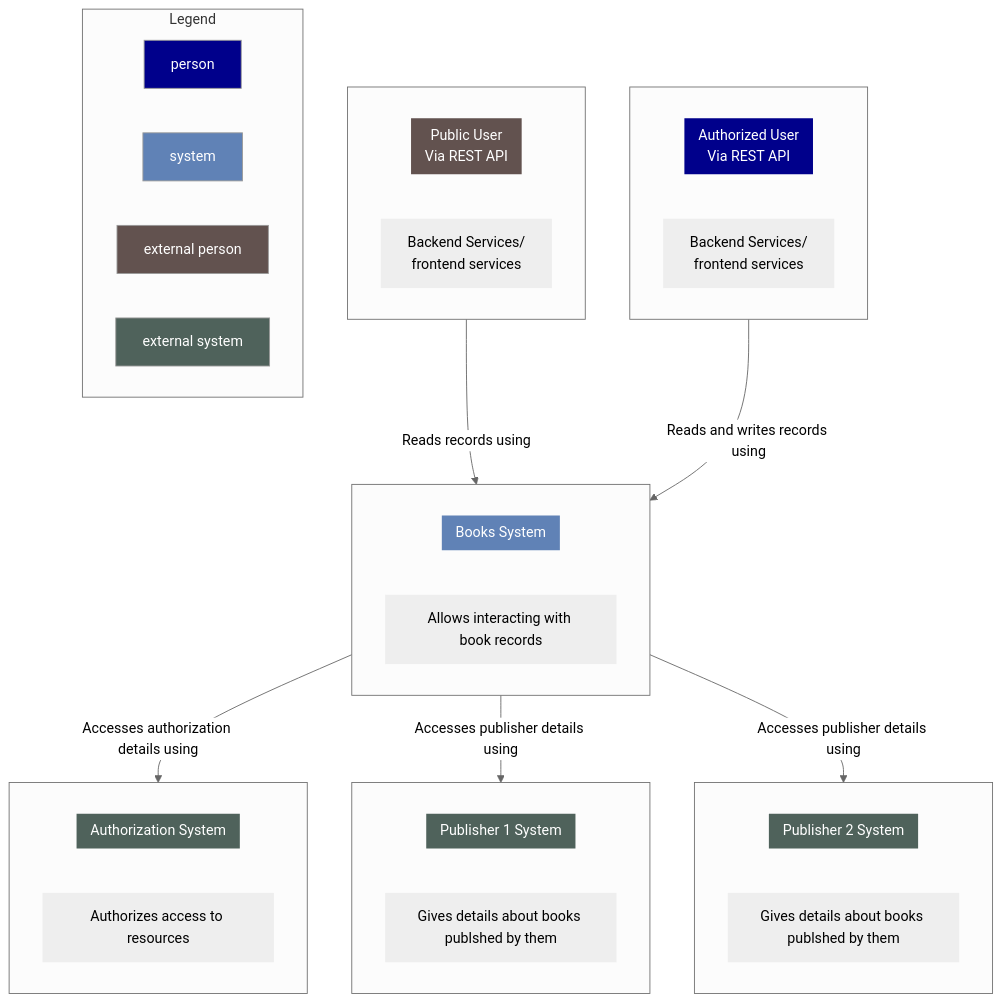
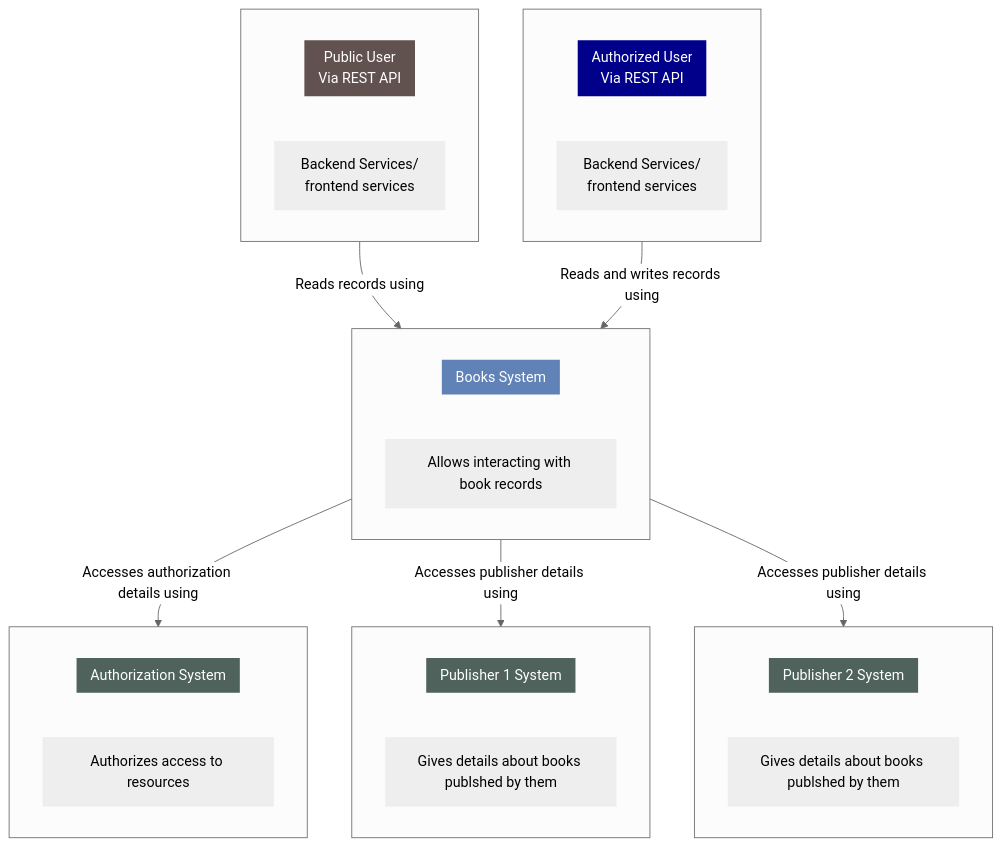
Before and after one commit to csymapp/mermaid-c4-model: the first of 2 diagrams in README.md, drawn with Mermaid (neutral theme). The commit also changed 2 other files, not shown here.

Commit message:
container diagram

````diff
--- a/README.md
+++ b/README.md
@@ -5,64 +5,53 @@
 ```mermaid
 flowchart TB
 classDef borderless stroke-width:0px
 classDef darkBlue fill:#00008B, color:#fff
 classDef brightBlue fill:#6082B6, color:#fff
 classDef gray fill:#62524F, color:#fff
 classDef gray2 fill:#4F625B, color:#fff
 
 subgraph publicUser[ ]
     A1[[Public User<br/> Via REST API]]
     B1[Backend Services/<br/>frontend services]
 end
 class publicUser,A1 gray
 
 subgraph authorizedUser[ ]
     A2[[Authorized User<br/> Via REST API]]
     B2[Backend Services/<br/>frontend services]
 end
 class authorizedUser,A2 darkBlue
 
 subgraph booksSystem[ ]
     A3[[Books System]]
     B3[Allows interacting with book records]
 end
 class booksSystem,A3 brightBlue
 
 
 publicUser--Reads records using-->booksSystem
 authorizedUser--Reads and writes records using-->booksSystem
 
 subgraph authorizationSystem[ ]
     A4[[Authorization System]]
     B4[Authorizes access to resources]
 end
 
 subgraph publisher1System[ ]
     A5[[Publisher 1 System]]
     B5[Gives details about books publshed by them]
 end
 subgraph publisher2System[ ]
     A6[[Publisher 2 System]]
     B6[Gives details about books publshed by them]
 end
 class authorizationSystem,A4,publisher1System,A5,publisher2System,A6 gray2
 
-subgraph Legend[Legend]
-    Legend1[person]
-    Legend2[system]
-    Legend3[external person]
-    Legend4[external system]
-end
-class Legend1 darkBlue
-class Legend2 brightBlue
-class Legend3 gray
-class Legend4 gray2
-
 booksSystem--Accesses authorization details using-->authorizationSystem
 booksSystem--Accesses publisher details using-->publisher1System
 booksSystem--Accesses publisher details using-->publisher2System
 
 class A1,A2,A3,A4,A5,A6,B1,B2,B3,B4,B5,B6 borderless
 
 click A3 "/csymapp/mermaid-c4-model/blob/master/containerDiagram.md" "booksSystem"
 ```
````
